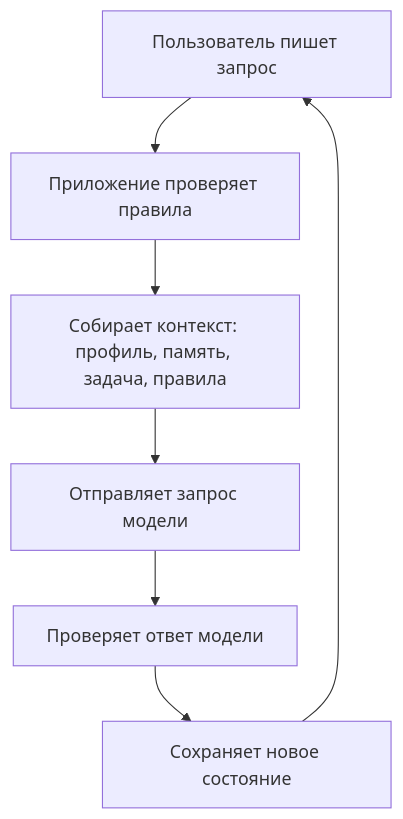
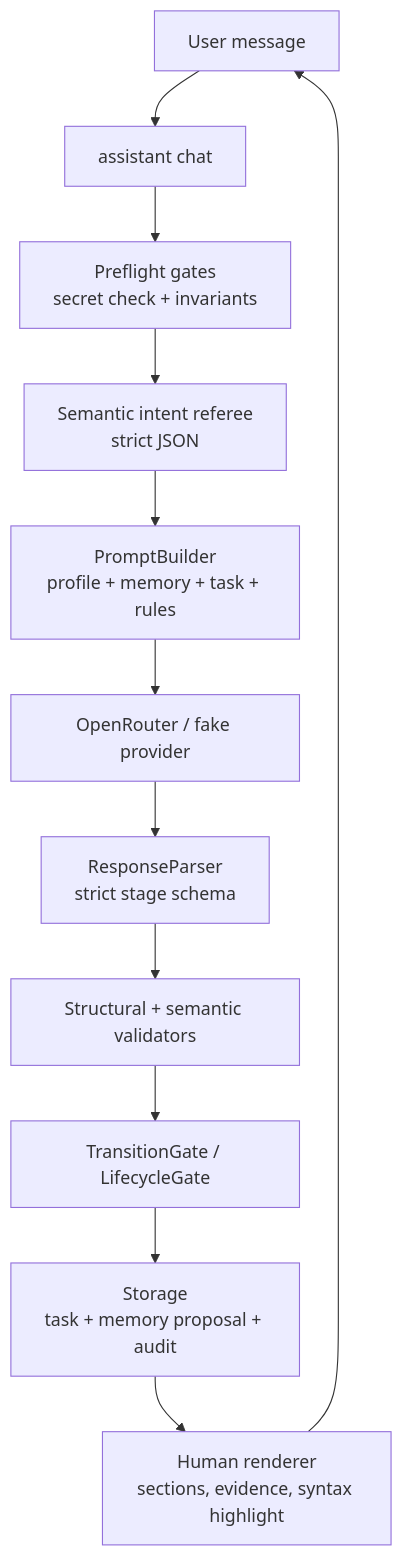
Before and after one commit to nikbrik/coding_writer: the first of 15 diagrams in README.md, drawn with Mermaid. The commit also changed other lines of this file and 24 other files, not shown here.

````diff
--- a/README.md
+++ b/README.md
@@ -15,9 +17,14 @@
 ```mermaid
 flowchart TD
-    User["Пользователь пишет запрос"] --> Preflight["Приложение проверяет правила"]
-    Preflight --> Context["Собирает контекст: профиль, память, задача, правила"]
-    Context --> Model["Отправляет запрос модели"]
-    Model --> Validate["Проверяет ответ модели"]
-    Validate --> Store["Сохраняет новое состояние"]
-    Store --> User
+    User["User message"] --> CLI["assistant chat"]
+    CLI --> Preflight["Preflight gates<br/>secret check + invariants"]
+    Preflight --> Intent["Semantic intent referee<br/>strict JSON"]
+    Intent --> Context["PromptBuilder<br/>profile + memory + task + rules"]
+    Context --> Provider["OpenRouter / fake provider"]
+    Provider --> Parse["ResponseParser<br/>strict stage schema"]
+    Parse --> Validate["Structural + semantic validators"]
+    Validate --> Gate["TransitionGate / LifecycleGate"]
+    Gate --> Persist["Storage<br/>task + memory proposal + audit"]
+    Persist --> Render["Human renderer<br/>sections, evidence, syntax highlight"]
+    Render --> User
 ```
````
